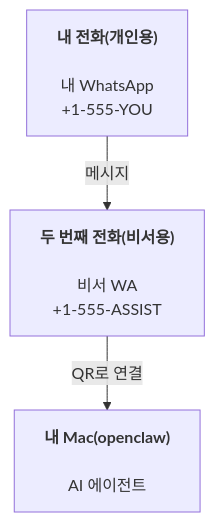
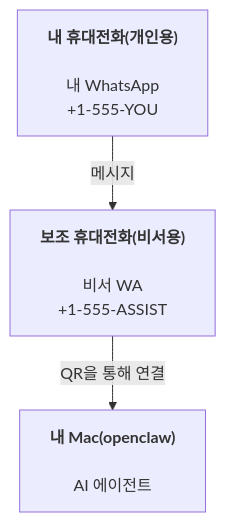
One commit to openclaw/docs changed the diagram in docs/ko/start/openclaw.md. Above: the diagram before and after it, drawn with Mermaid. The commit also changed other lines of this file and 3456 other files, not shown here.

````diff
--- a/docs/ko/start/openclaw.md
+++ b/docs/ko/start/openclaw.md
@@ -42,5 +37,5 @@
 ```mermaid
 flowchart TB
-    A["<b>내 전화(개인용)<br></b><br>내 WhatsApp<br>+1-555-YOU"] -- 메시지 --> B["<b>두 번째 전화(비서용)<br></b><br>비서 WA<br>+1-555-ASSIST"]
-    B -- QR로 연결 --> C["<b>내 Mac(openclaw)<br></b><br>AI 에이전트"]
+    A["<b>내 휴대전화(개인용)<br></b><br>내 WhatsApp<br>+1-555-YOU"] -- 메시지 --> B["<b>보조 휴대전화(비서용)<br></b><br>비서 WA<br>+1-555-ASSIST"]
+    B -- QR을 통해 연결 --> C["<b>내 Mac(openclaw)<br></b><br>AI 에이전트"]
 ```
````
